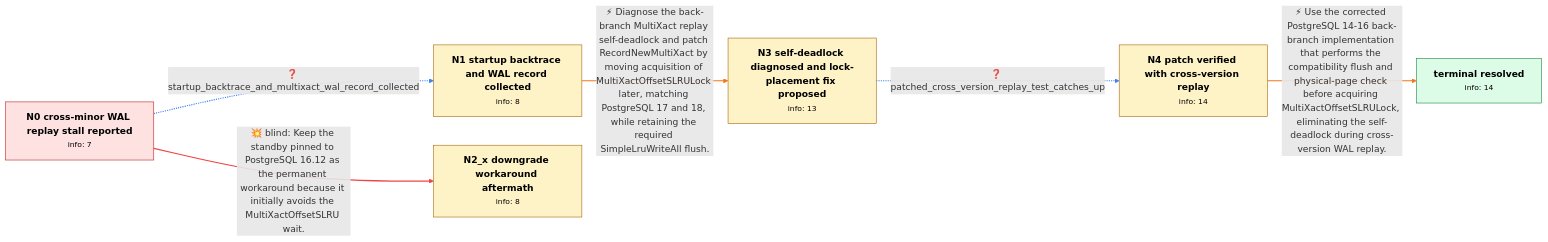
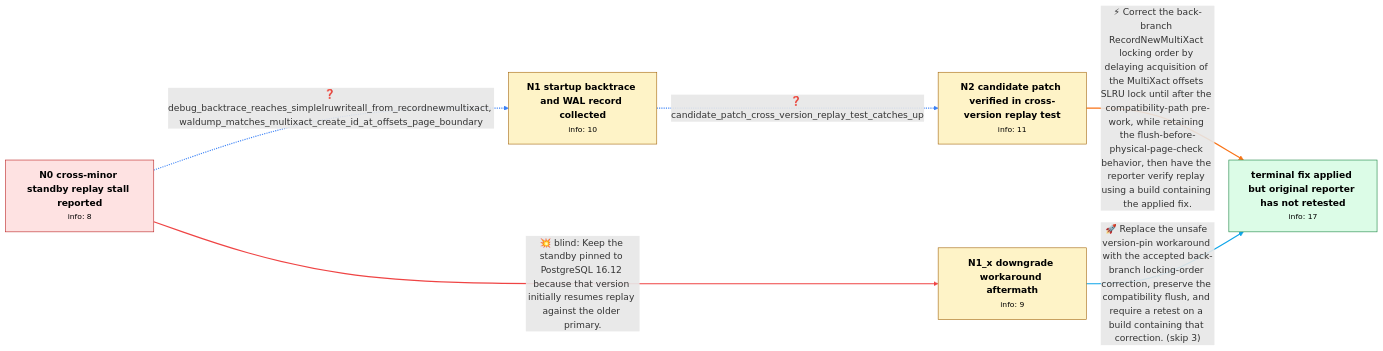
One commit to Chaoyi-He1/graph_bench changed the diagram in data/pgsql_v0/review/pg_bug_19490.md. Above: the diagram before and after it, drawn with Mermaid. The commit also changed other lines of this file and 3901 other files, not shown here.

````diff
--- a/data/pgsql_v0/review/pg_bug_19490.md
+++ b/data/pgsql_v0/review/pg_bug_19490.md
@@ -10,28 +10,26 @@
 ```mermaid
 flowchart LR
-    N0["<b>N0 cross-minor WAL replay stall reported</b><br/><small>info: 7</small>"]
-    N1["<b>N1 startup backtrace and WAL record collected</b><br/><small>info: 8</small>"]
-    N2_x["<b>N2_x downgrade workaround aftermath</b><br/><small>info: 8</small>"]
-    N3["<b>N3 self-deadlock diagnosed and lock-placement fix proposed</b><br/><small>info: 13</small>"]
-    N4["<b>N4 patch verified with cross-version replay</b><br/><small>info: 14</small>"]
-    N_terminal["<b>terminal resolved</b><br/><small>info: 14</small>"]
-    N0 -.->|"❓ startup_backtrace_and_multixact_wal_record_collected"| N1
+    N0["<b>N0 cross-minor standby replay stall reported</b><br/><small>info: 8</small>"]
+    N1_x["<b>N1_x downgrade workaround aftermath</b><br/><small>info: 9</small>"]
+    N1["<b>N1 startup backtrace and WAL record collected</b><br/><small>info: 10</small>"]
+    N2["<b>N2 candidate patch verified in cross-version replay test</b><br/><small>info: 11</small>"]
+    N_terminal["<b>terminal fix applied but original reporter has not retested</b><br/><small>info: 17</small>"]
+    N0 -.->|"❓ debug_backtrace_reaches_simplelruwriteall_from_recordnewmultixact, waldump_matches_multixact_create_id_at_offsets_page_boundary"| N1
     linkStyle 0 stroke:#3b82f6,stroke-width:2px
-    N1 ==>|"⚡ Diagnose the back-branch MultiXact replay self-deadlock and patch RecordNewMultiXact by moving acquisition of MultiXactOffsetSLRULock later, matching PostgreSQL 17 and 18, while retaining the required SimpleLruWriteAll flush."| N3
-    linkStyle 1 stroke:#f97316,stroke-width:2px
-    N3 -.->|"❓ patched_cross_version_replay_test_catches_up"| N4
-    linkStyle 2 stroke:#3b82f6,stroke-width:2px
-    N4 ==>|"⚡ Use the corrected PostgreSQL 14-16 back-branch implementation that performs the compatibility flush and physical-page check before acquiring MultiXactOffsetSLRULock, eliminating the self-deadlock during cross-version WAL replay."| N_terminal
-    linkStyle 3 stroke:#f97316,stroke-width:2px
-    N0 ==>|"💥 blind: Keep the standby pinned to PostgreSQL 16.12 as the permanent workaround because it initially avoids the MultiXactOffsetSLRU wait."| N2_x
-    linkStyle 4 stroke:#ef4444,stroke-width:2px
+    N1 -.->|"❓ candidate_patch_cross_version_replay_test_catches_up"| N2
+    linkStyle 1 stroke:#3b82f6,stroke-width:2px
+    N2 ==>|"⚡ Correct the back-branch RecordNewMultiXact locking order by delaying acquisition of the MultiXact offsets SLRU lock until after the compatibility-path pre-work, while retaining the flush-before-physical-page-check behavior, then have the reporter verify replay using a build containing the applied fix."| N_terminal
+    linkStyle 2 stroke:#f97316,stroke-width:2px
+    N0 ==>|"💥 blind: Keep the standby pinned to PostgreSQL 16.12 because that version initially resumes replay against the older primary."| N1_x
+    linkStyle 3 stroke:#ef4444,stroke-width:2px
+    N1_x ==>|"🚀 Replace the unsafe version-pin workaround with the accepted back-branch locking-order correction, preserve the compatibility flush, and require a retest on a build containing that correction. (skip 3)"| N_terminal
+    linkStyle 4 stroke:#0ea5e9,stroke-width:2px
     class N0 start
+    class N1_x normal
     class N1 normal
-    class N2_x normal
-    class N3 normal
-    class N4 normal
+    class N2 normal
     class N_terminal terminal
     classDef start fill:#fee2e2,stroke:#b91c1c,color:#000
     classDef terminal fill:#dcfce7,stroke:#15803d,color:#000
     classDef normal fill:#fef3c7,stroke:#a16207,color:#000
 ```
````
